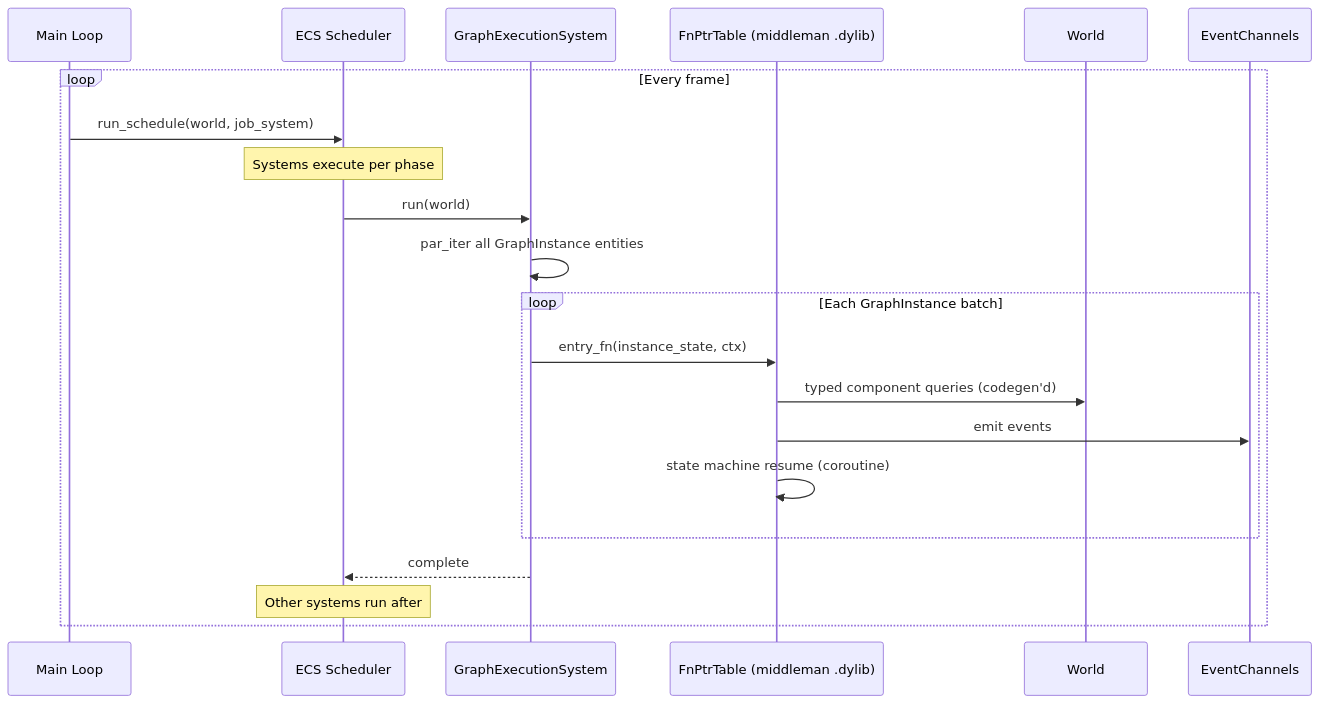
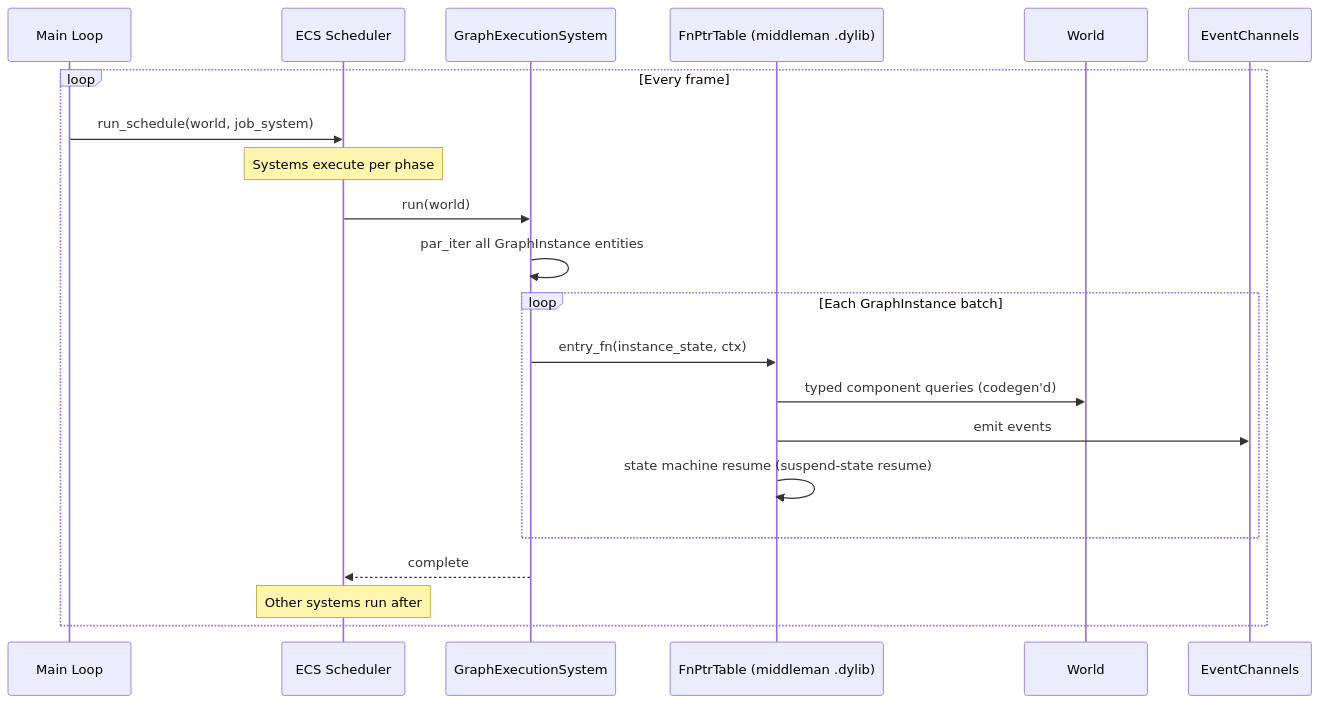
One commit to harmonius-dev/harmonius changed the third of 8 diagrams in docs/design/game-framework/scripting.md. Above: the diagram before and after it, drawn with Mermaid. The commit also changed other lines of this file and 6 other files, not shown here.

````diff
--- a/docs/design/game-framework/scripting.md
+++ b/docs/design/game-framework/scripting.md
@@ -213,26 +222,26 @@
 ```mermaid
 sequenceDiagram
     participant ML as Main Loop
     participant SC as ECS Scheduler
     participant GS as GraphExecutionSystem
     participant FP as FnPtrTable (middleman .dylib)
     participant W as World
     participant EC as EventChannels
 
     loop Every frame
         ML->>SC: run_schedule(world, job_system)
         Note over SC: Systems execute per phase
 
         SC->>GS: run(world)
         GS->>GS: par_iter all GraphInstance entities
         loop Each GraphInstance batch
             GS->>FP: entry_fn(instance_state, ctx)
             FP->>W: typed component queries (codegen'd)
             FP->>EC: emit events
-            FP->>FP: state machine resume (coroutine)
+            FP->>FP: state machine resume (suspend-state resume)
         end
         GS-->>SC: complete
 
         Note over SC: Other systems run after
     end
 ```
````
